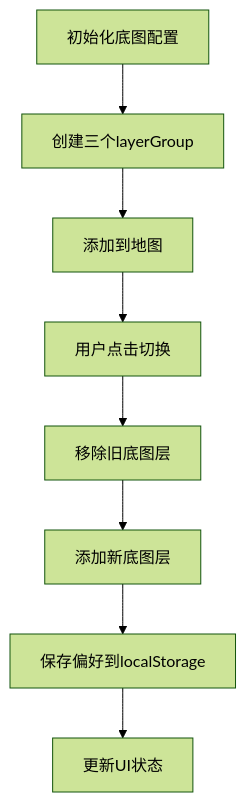
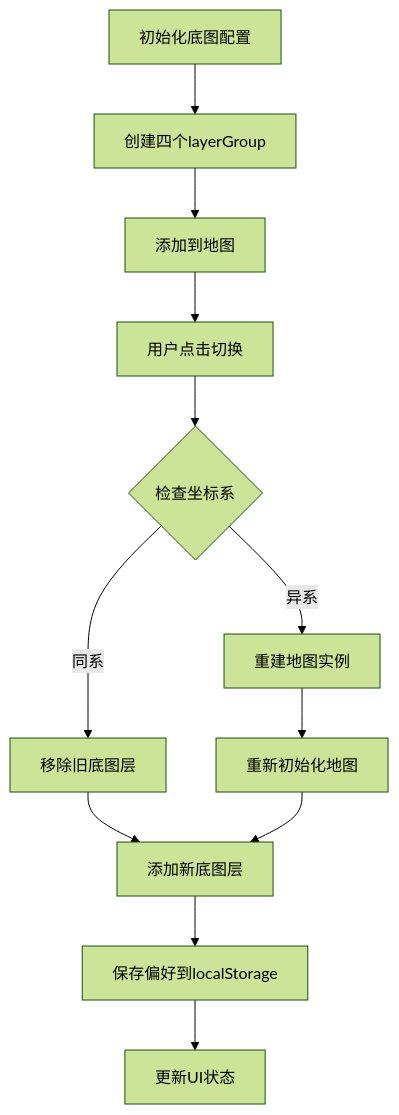
Before and after one commit to q446328246/agri-platform: the third of 7 diagrams in .qoder/repowiki/zh/content/前端应用文档/地图可视化.md, drawn with Mermaid (forest theme). The commit also changed other lines of this file and 4 other files, not shown here.

````diff
--- a/.qoder/repowiki/zh/content/前端应用文档/地图可视化.md
+++ b/.qoder/repowiki/zh/content/前端应用文档/地图可视化.md
@@ -144,10 +163,14 @@
 ```mermaid
 flowchart TD
-Init["初始化底图配置"] --> CreateLayers["创建三个layerGroup"]
+Init["初始化底图配置"] --> CreateLayers["创建四个layerGroup"]
 CreateLayers --> AddToMap["添加到地图"]
 AddToMap --> UserClick["用户点击切换"]
-UserClick --> RemoveOld["移除旧底图层"]
+UserClick --> CheckCoord{"检查坐标系"}
+CheckCoord --> |同系| RemoveOld["移除旧底图层"]
+CheckCoord --> |异系| RebuildMap["重建地图实例"]
 RemoveOld --> AddNew["添加新底图层"]
+RebuildMap --> InitMap["重新初始化地图"]
+InitMap --> AddNew
 AddNew --> SavePref["保存偏好到localStorage"]
 SavePref --> UpdateUI["更新UI状态"]
 ```
````
